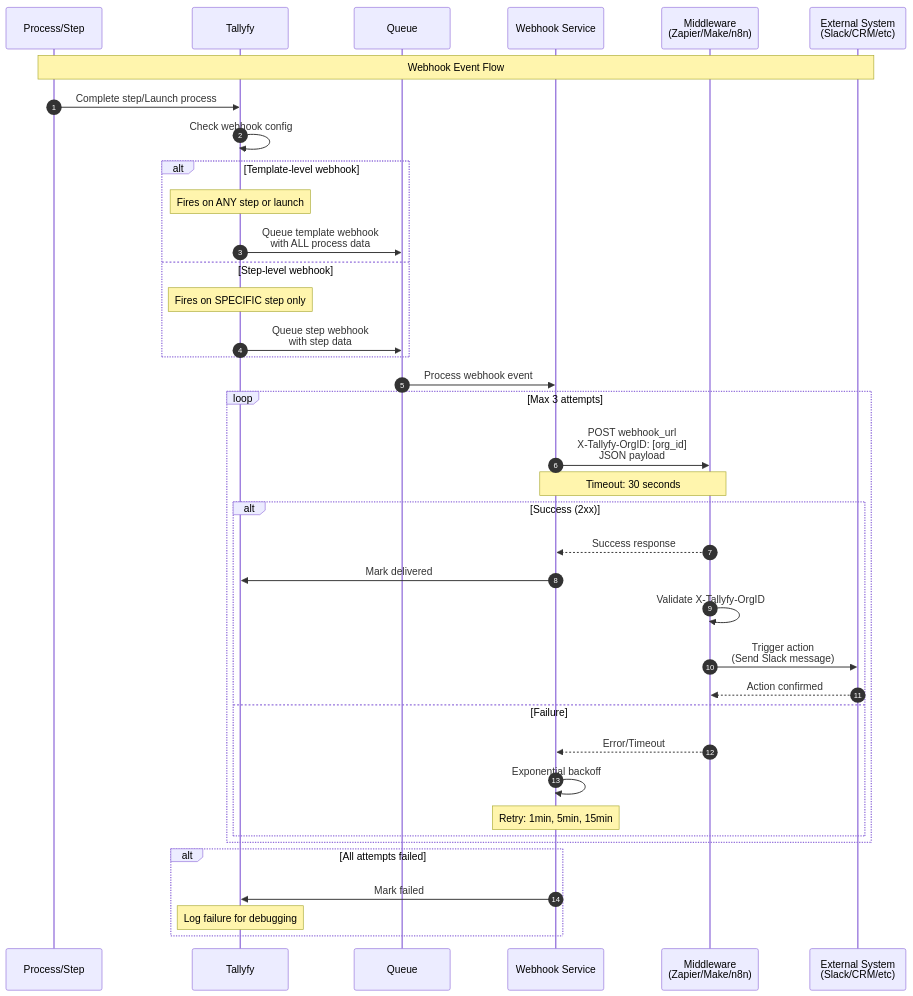
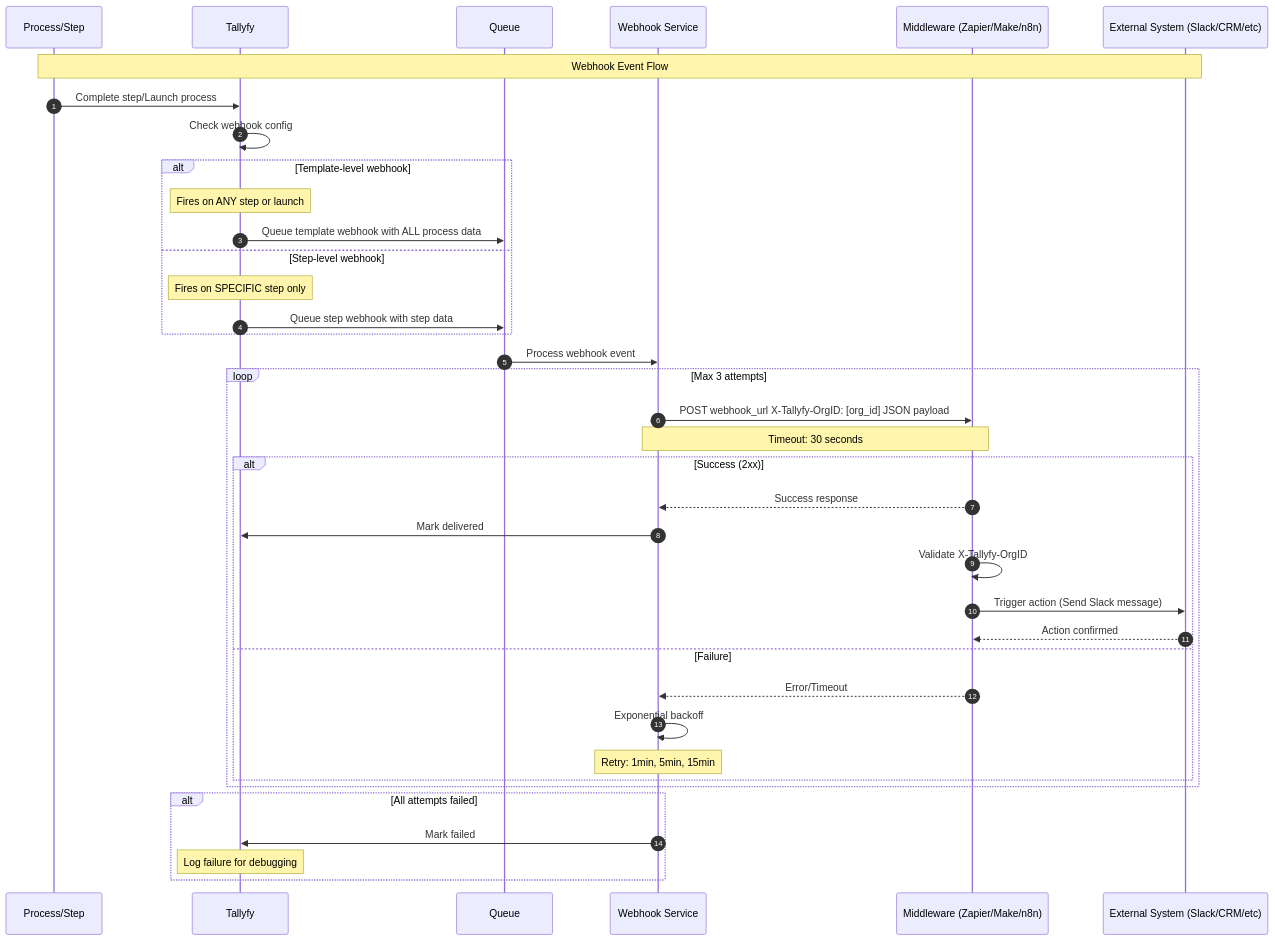
Before and after one commit to tallyfy/documentation: the diagram in src/content/docs/pro/integrations/webhooks/how-to-set-up-webhooks-in-tallyfy.mdx, drawn with Mermaid. The commit also changed 46 other files, not shown here.

Commit message:
Update Mermaid notation

````diff
--- a/src/content/docs/pro/integrations/webhooks/how-to-set-up-webhooks-in-tallyfy.mdx
+++ b/src/content/docs/pro/integrations/webhooks/how-to-set-up-webhooks-in-tallyfy.mdx
@@ -44,47 +44,47 @@
 ```mermaid
 sequenceDiagram
-    autonumber
-    participant P as Process/Step
-    participant T as Tallyfy
-    participant Q as Queue
-    participant W as Webhook Service
-    participant M as Middleware<br/>(Zapier/Make/n8n)
-    participant E as External System<br/>(Slack/CRM/etc)
-    
-    Note over P,E: Webhook Event Flow
-    
-    P->>T: Complete step/Launch process
-    T->>T: Check webhook config
-    
-    alt Template-level webhook
-        Note over T: Fires on ANY step or launch
-        T->>Q: Queue template webhook<br/>with ALL process data
-    else Step-level webhook  
-        Note over T: Fires on SPECIFIC step only
-        T->>Q: Queue step webhook<br/>with step data
-    end
-    
-    Q->>W: Process webhook event
-    
-    loop Max 3 attempts
-        W->>M: POST webhook_url<br/>X-Tallyfy-OrgID: [org_id]<br/>JSON payload
-        Note over W,M: Timeout: 30 seconds
-        
-        alt Success (2xx)
-            M-->>W: Success response
-            W->>T: Mark delivered
-            M->>M: Validate X-Tallyfy-OrgID
-            M->>E: Trigger action<br/>(Send Slack message)
-            E-->>M: Action confirmed
-        else Failure
-            M-->>W: Error/Timeout
-            W->>W: Exponential backoff
-            Note over W: Retry: 1min, 5min, 15min
-        end
-    end
-    
-    alt All attempts failed
-        W->>T: Mark failed
-        Note over T: Log failure for debugging
-    end
+ autonumber
+ participant P as Process/Step
+ participant T as Tallyfy
+ participant Q as Queue
+ participant W as Webhook Service
+ participant M as Middleware (Zapier/Make/n8n)
+ participant E as External System (Slack/CRM/etc)
+ 
+ Note over P,E: Webhook Event Flow
+ 
+ P->>T: Complete step/Launch process
+ T->>T: Check webhook config
+ 
+ alt Template-level webhook
+ Note over T: Fires on ANY step or launch
+ T->>Q: Queue template webhook with ALL process data
+ else Step-level webhook 
+ Note over T: Fires on SPECIFIC step only
+ T->>Q: Queue step webhook with step data
+ end
+ 
+ Q->>W: Process webhook event
+ 
+ loop Max 3 attempts
+ W->>M: POST webhook_url X-Tallyfy-OrgID: [org_id] JSON payload
+ Note over W,M: Timeout: 30 seconds
+ 
+ alt Success (2xx)
+ M-->>W: Success response
+ W->>T: Mark delivered
+ M->>M: Validate X-Tallyfy-OrgID
+ M->>E: Trigger action (Send Slack message)
+ E-->>M: Action confirmed
+ else Failure
+ M-->>W: Error/Timeout
+ W->>W: Exponential backoff
+ Note over W: Retry: 1min, 5min, 15min
+ end
+ end
+ 
+ alt All attempts failed
+ W->>T: Mark failed
+ Note over T: Log failure for debugging
+ end
 ```
````
